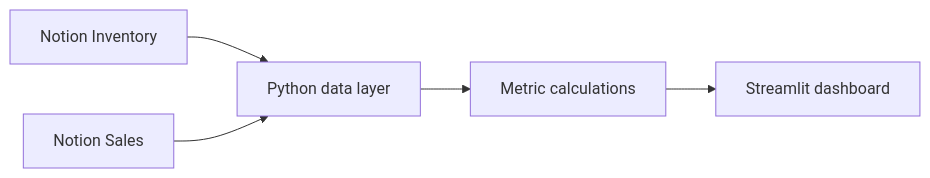
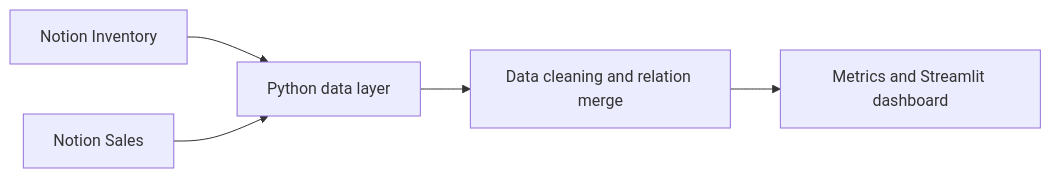
Before and after one commit to MrBuB3y/Notion-inventory-tracker: the diagram in README.md, drawn with Mermaid. The commit also changed other lines of this file, not shown here.

Commit message:
Align README.md with complete dashboard

````diff
--- a/README.md
+++ b/README.md
@@ -16,7 +16,7 @@
 ```mermaid
 flowchart LR
     A[Notion Inventory] --> C[Python data layer]
     B[Notion Sales] --> C
-    C --> D[Metric calculations]
-    D --> E[Streamlit dashboard]
+    C --> D[Data cleaning and relation merge]
+    D --> E[Metrics and Streamlit dashboard]
 ```
````
